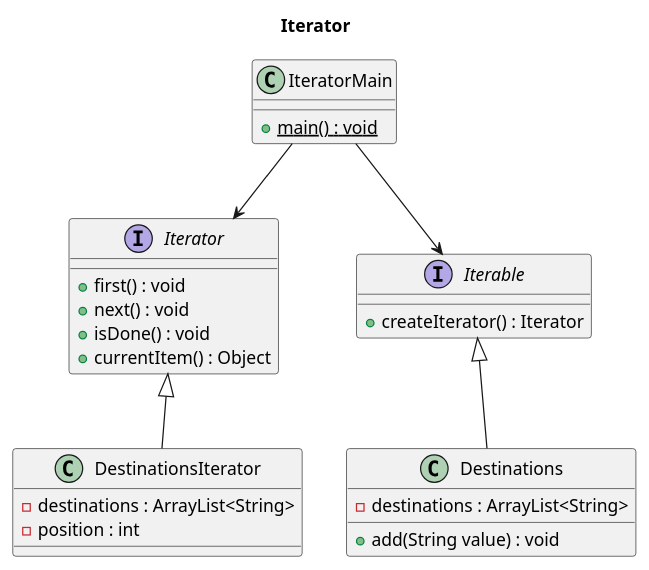
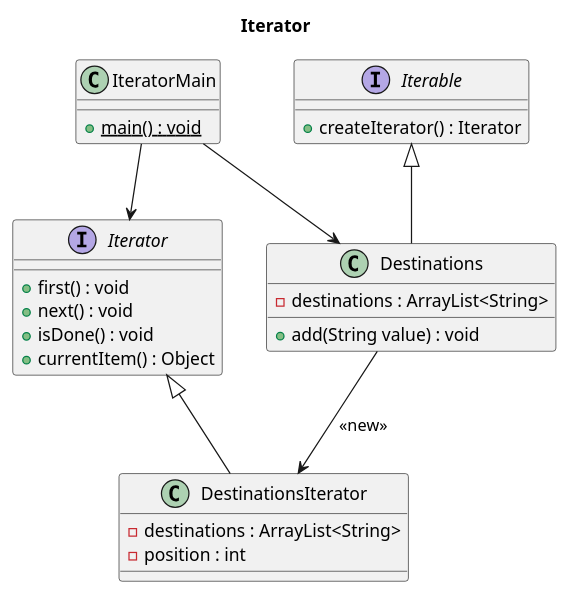
Before and after one commit to freeuni-sdp/lab-uml-2016: the diagram in Iterator/uml/ClassDiagram.puml, drawn with PlantUML.

Commit message:
Fix Iterator class uml.

```diff
--- a/Iterator/uml/ClassDiagram.puml
+++ b/Iterator/uml/ClassDiagram.puml
@@ -1,38 +1,39 @@
 @startuml
 
 /' Iterator UML class diagram '/
 /' By Nika Chkhartishvili '/
 
 title Iterator
 
 interface Iterator {
     +first() : void
     +next() : void
     +isDone() : void
     +currentItem() : Object
 }
 
 interface Iterable {
     +createIterator() : Iterator
 }
 
 class Destinations {
     +add(String value) : void
     -destinations : ArrayList<String>
 }
 
 class DestinationsIterator {
     -destinations : ArrayList<String>
     -position : int
 }
 
 class IteratorMain {
     +{static}main() : void
 }
 
 Iterable <|-- Destinations
 Iterator <|-- DestinationsIterator
-IteratorMain --> Iterable
+Destinations -> DestinationsIterator : <<new>>
+IteratorMain --> Destinations
 IteratorMain --> Iterator
 
 @enduml
```
